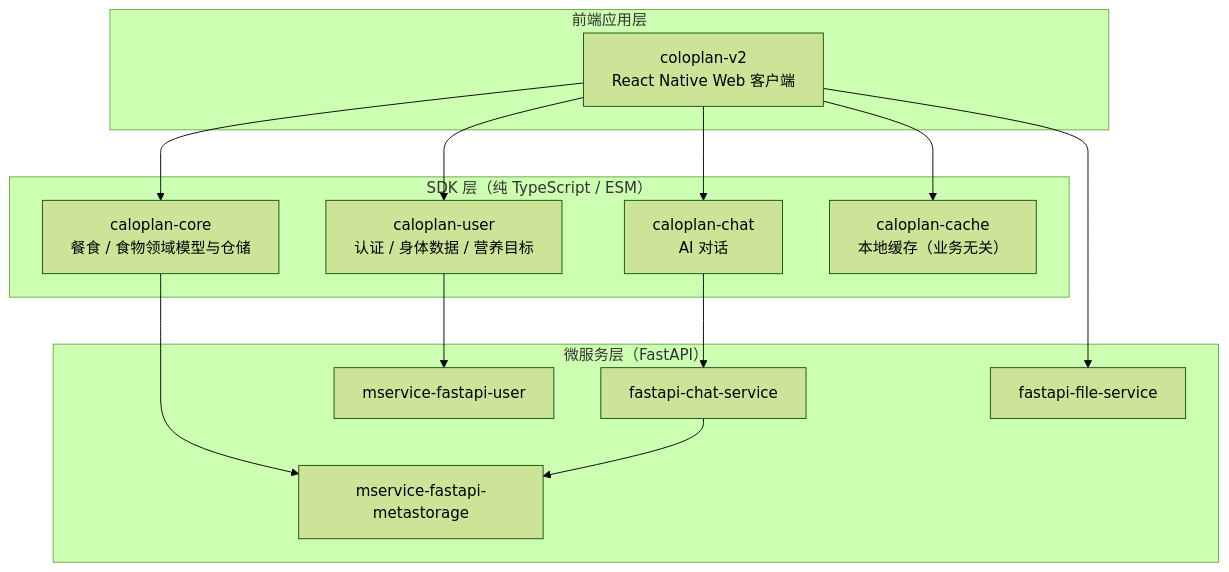
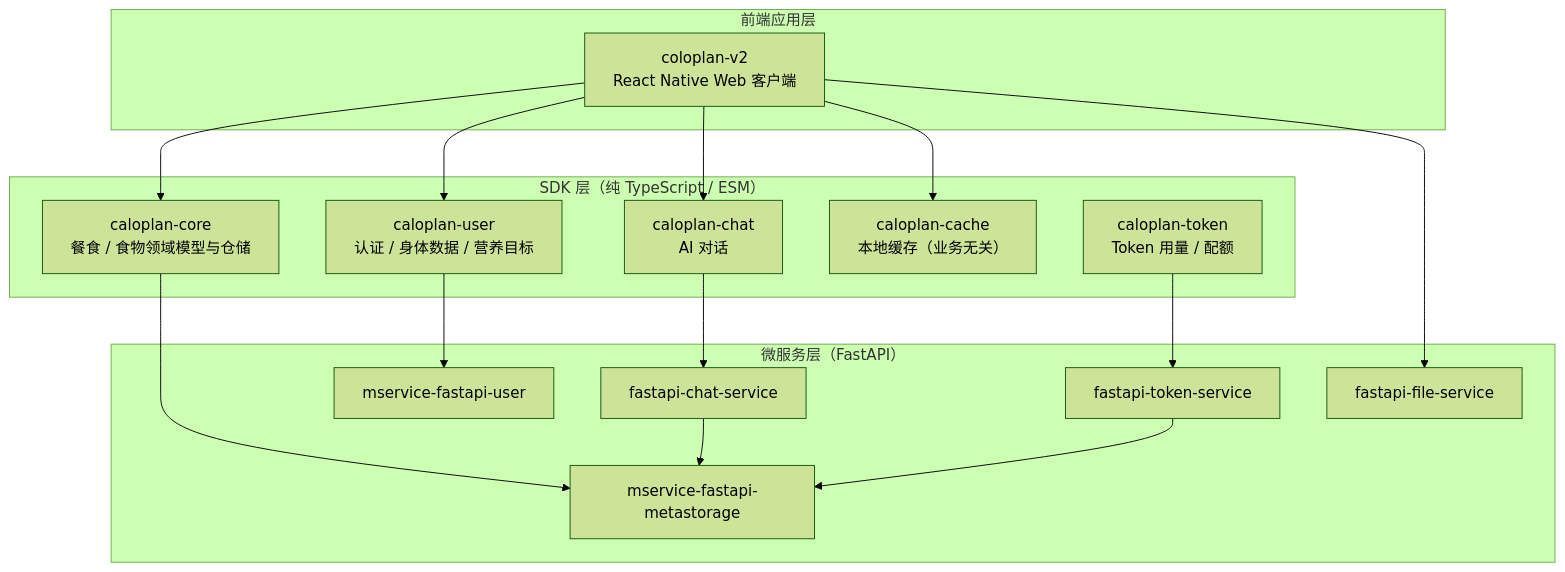
Before and after one commit to caloplan/.github: the diagram in profile/README.md, drawn with Mermaid (forest theme). The commit also changed other lines of this file, not shown here.

Commit message:
docs: add token projects (caloplan-token, fastapi-token-service) to org profile

````diff
--- a/profile/README.md
+++ b/profile/README.md
@@ -9,30 +9,34 @@
 ```mermaid
 flowchart TB
     subgraph APP["前端应用层"]
         WEB["coloplan-v2<br/>React Native Web 客户端"]
     end
 
     subgraph SDK["SDK 层（纯 TypeScript / ESM）"]
         CORE["caloplan-core<br/>餐食 / 食物领域模型与仓储"]
         USER["caloplan-user<br/>认证 / 身体数据 / 营养目标"]
         CHAT["caloplan-chat<br/>AI 对话"]
         CACHE["caloplan-cache<br/>本地缓存（业务无关）"]
+        TOKEN["caloplan-token<br/>Token 用量 / 配额"]
     end
 
     subgraph SVC["微服务层（FastAPI）"]
         MSUSER["mservice-fastapi-user"]
         MSMETA["mservice-fastapi-metastorage"]
         FCHAT["fastapi-chat-service"]
         FFILE["fastapi-file-service"]
+        FTOKEN["fastapi-token-service"]
     end
 
     WEB --> CORE
     WEB --> USER
     WEB --> CHAT
     WEB --> CACHE
     CHAT --> FCHAT
     WEB --> FFILE
     CORE --> MSMETA
     USER --> MSUSER
     FCHAT --> MSMETA
+    TOKEN --> FTOKEN
+    FTOKEN --> MSMETA
 ```
````
